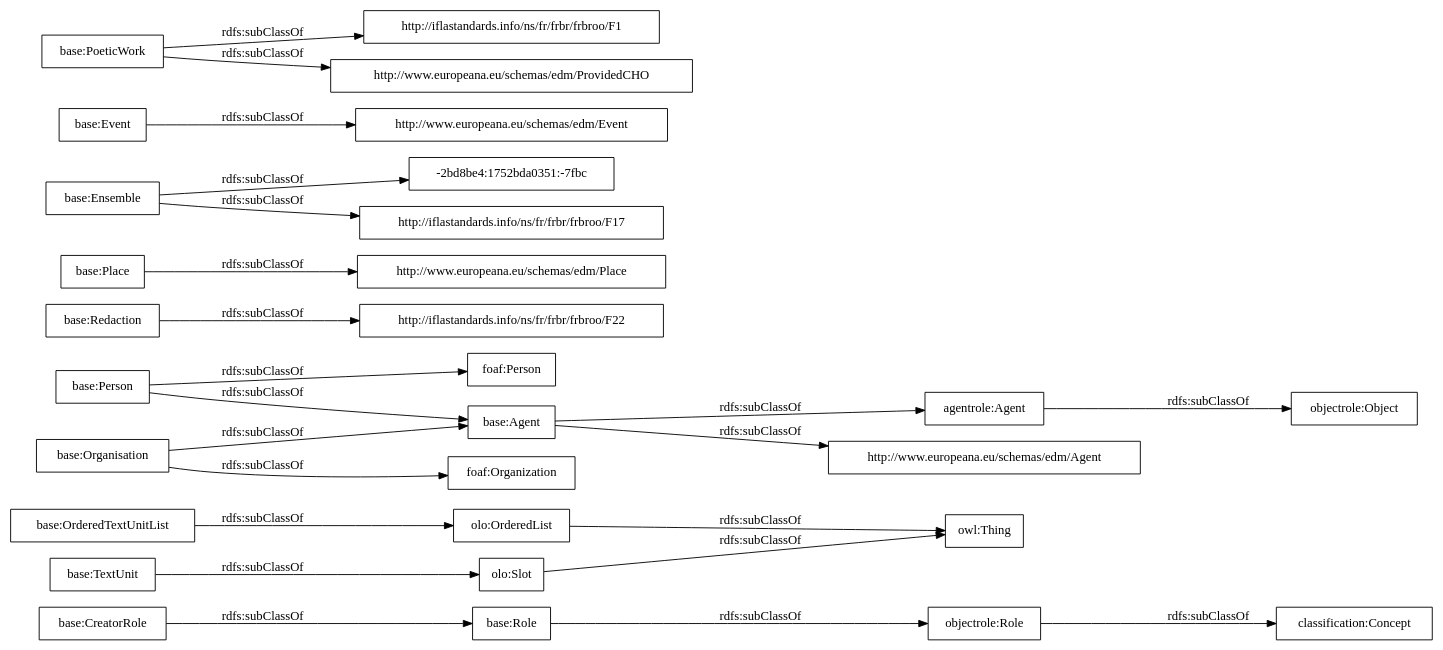
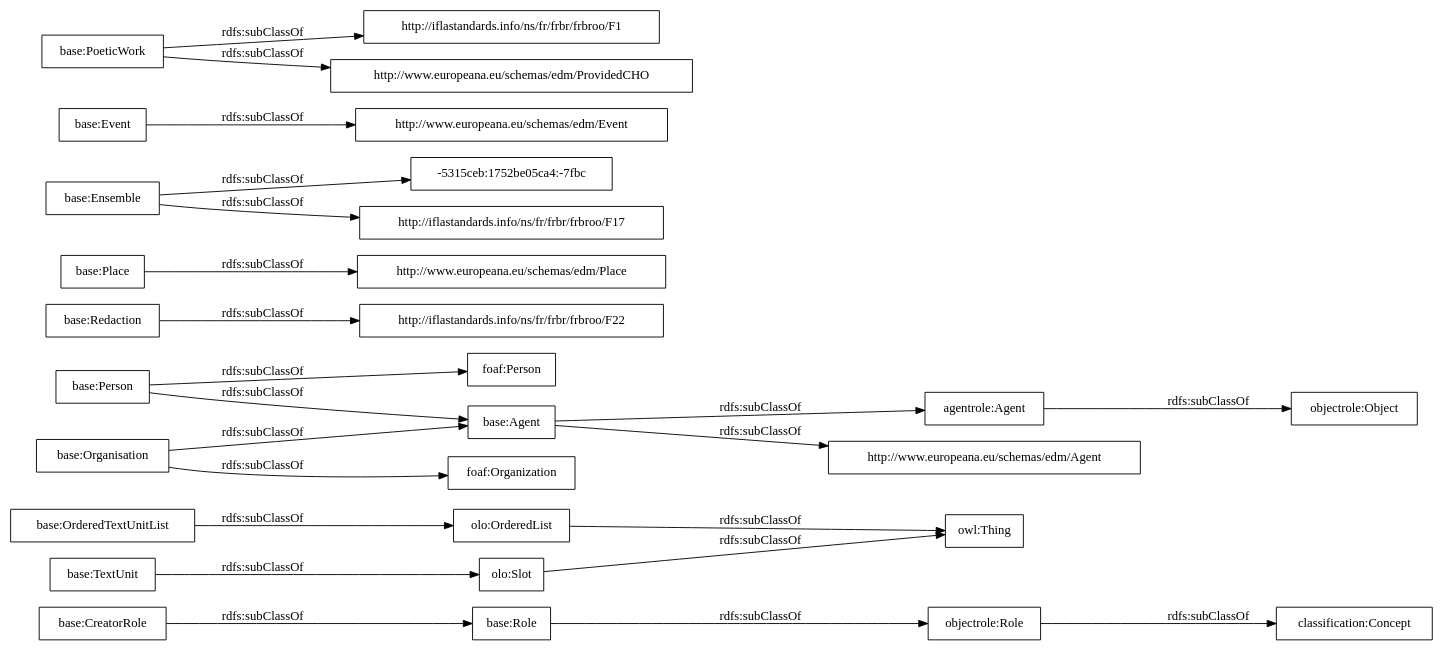
The diagram in OnToology/postdata-core.owl/diagrams/ar2dtool-taxonomy/postdata-core.owl.png.dot (OnToologyUser/core-ontology-1), drawn with Graphviz before and after one commit. The commit also changed 14 other files, not shown here.

```diff
--- a/OnToology/postdata-core.owl/diagrams/ar2dtool-taxonomy/postdata-core.owl.png.dot
+++ b/OnToology/postdata-core.owl/diagrams/ar2dtool-taxonomy/postdata-core.owl.png.dot
@@ -1,27 +1,27 @@
 digraph ar2dtool_diagram { 
 rankdir=LR;
 size="1000"
-node [shape = rectangle, color="black"]; "base:Role" "base:OrderedTextUnitList" "agentrole:Agent" "http://iflastandards.info/ns/fr/frbr/frbroo/F22" "http://www.europeana.eu/schemas/edm/Agent" "base:Agent" "base:CreatorRole" "base:Person" "base:Organisation" "http://www.europeana.eu/schemas/edm/Place" "base:Redaction" "base:Ensemble" "foaf:Person" "http://www.europeana.eu/schemas/edm/Event" "base:TextUnit" "http://iflastandards.info/ns/fr/frbr/frbroo/F1" "foaf:Organization" "http://www.europeana.eu/schemas/edm/ProvidedCHO" "base:Place" "base:Event" "base:PoeticWork" "-2bd8be4:1752bda0351:-7fbc" "http://iflastandards.info/ns/fr/frbr/frbroo/F17" "owl:Thing" "objectrole:Role" "objectrole:Object" "olo:Slot" "olo:OrderedList" "classification:Concept" ; /*classes style*/
+node [shape = rectangle, color="black"]; "base:Role" "base:OrderedTextUnitList" "agentrole:Agent" "http://iflastandards.info/ns/fr/frbr/frbroo/F22" "http://www.europeana.eu/schemas/edm/Agent" "base:Agent" "base:CreatorRole" "base:Person" "base:Organisation" "http://www.europeana.eu/schemas/edm/Place" "base:Redaction" "base:Ensemble" "foaf:Person" "http://www.europeana.eu/schemas/edm/Event" "base:TextUnit" "http://iflastandards.info/ns/fr/frbr/frbroo/F1" "foaf:Organization" "http://www.europeana.eu/schemas/edm/ProvidedCHO" "base:Place" "base:Event" "-5315ceb:1752be05ca4:-7fbc" "base:PoeticWork" "http://iflastandards.info/ns/fr/frbr/frbroo/F17" "owl:Thing" "objectrole:Role" "objectrole:Object" "olo:Slot" "olo:OrderedList" "classification:Concept" ; /*classes style*/
 	"base:Redaction" -> "http://iflastandards.info/ns/fr/frbr/frbroo/F22" [ label = "rdfs:subClassOf" ];
 	"base:Role" -> "objectrole:Role" [ label = "rdfs:subClassOf" ];
 	"base:Event" -> "http://www.europeana.eu/schemas/edm/Event" [ label = "rdfs:subClassOf" ];
 	"base:Person" -> "foaf:Person" [ label = "rdfs:subClassOf" ];
 	"base:Person" -> "base:Agent" [ label = "rdfs:subClassOf" ];
 	"olo:OrderedList" -> "owl:Thing" [ label = "rdfs:subClassOf" ];
 	"olo:Slot" -> "owl:Thing" [ label = "rdfs:subClassOf" ];
 	"base:PoeticWork" -> "http://www.europeana.eu/schemas/edm/ProvidedCHO" [ label = "rdfs:subClassOf" ];
 	"base:PoeticWork" -> "http://iflastandards.info/ns/fr/frbr/frbroo/F1" [ label = "rdfs:subClassOf" ];
 	"base:TextUnit" -> "olo:Slot" [ label = "rdfs:subClassOf" ];
 	"agentrole:Agent" -> "objectrole:Object" [ label = "rdfs:subClassOf" ];
+	"base:Ensemble" -> "-5315ceb:1752be05ca4:-7fbc" [ label = "rdfs:subClassOf" ];
 	"base:Ensemble" -> "http://iflastandards.info/ns/fr/frbr/frbroo/F17" [ label = "rdfs:subClassOf" ];
-	"base:Ensemble" -> "-2bd8be4:1752bda0351:-7fbc" [ label = "rdfs:subClassOf" ];
 	"base:OrderedTextUnitList" -> "olo:OrderedList" [ label = "rdfs:subClassOf" ];
 	"base:Agent" -> "agentrole:Agent" [ label = "rdfs:subClassOf" ];
 	"base:Agent" -> "http://www.europeana.eu/schemas/edm/Agent" [ label = "rdfs:subClassOf" ];
 	"objectrole:Role" -> "classification:Concept" [ label = "rdfs:subClassOf" ];
 	"base:Place" -> "http://www.europeana.eu/schemas/edm/Place" [ label = "rdfs:subClassOf" ];
 	"base:Organisation" -> "foaf:Organization" [ label = "rdfs:subClassOf" ];
 	"base:Organisation" -> "base:Agent" [ label = "rdfs:subClassOf" ];
 	"base:CreatorRole" -> "base:Role" [ label = "rdfs:subClassOf" ];
 
 }
```
